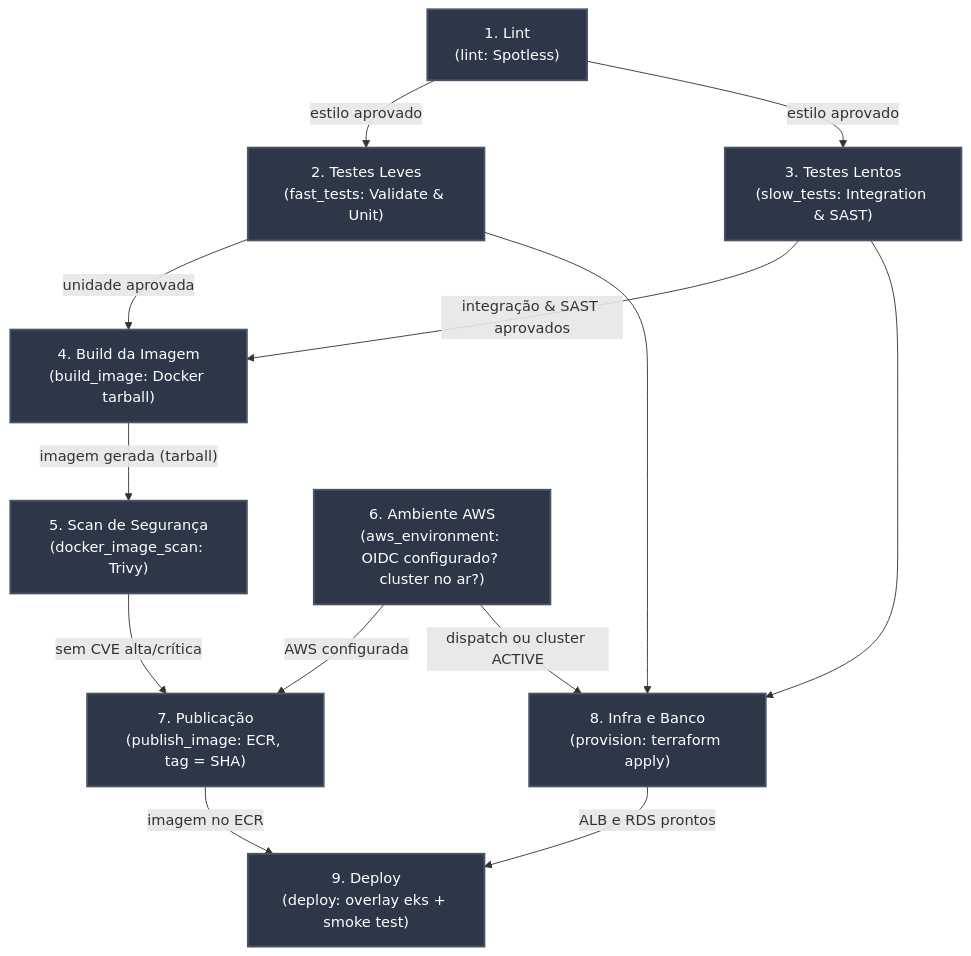
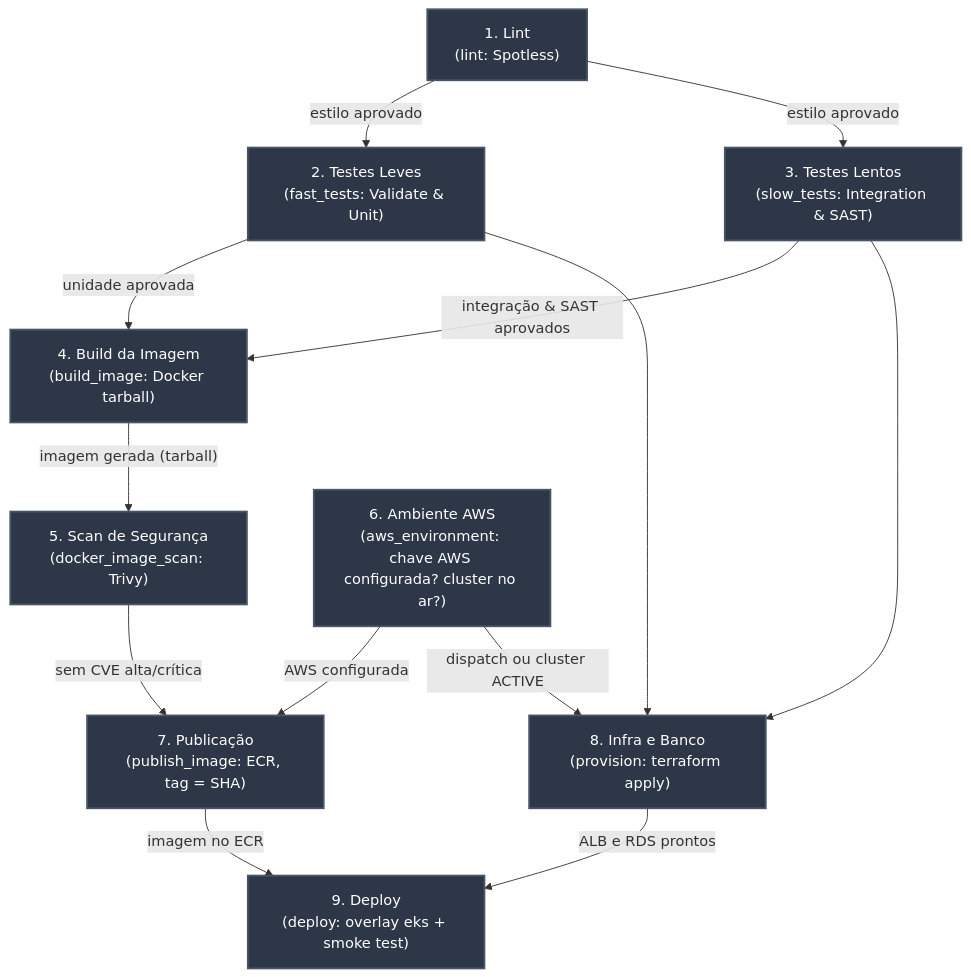
Before and after one commit to gabsevamac/JACAFI-FIAP_Tech-Challenge_01: the diagram in docs/cicd/pipeline-ci.md, drawn with Mermaid. The commit also changed other lines of this file and 4 other files, not shown here.

````diff
--- a/docs/cicd/pipeline-ci.md
+++ b/docs/cicd/pipeline-ci.md
@@ -23,28 +23,28 @@
 ```mermaid
 graph TD
     lint["1. Lint\n(lint: Spotless)"]
     fast["2. Testes Leves\n(fast_tests: Validate & Unit)"]
     slow["3. Testes Lentos\n(slow_tests: Integration & SAST)"]
     build["4. Build da Imagem\n(build_image: Docker tarball)"]
     scan["5. Scan de Segurança\n(docker_image_scan: Trivy)"]
-    gate["6. Ambiente AWS\n(aws_environment: OIDC configurado? cluster no ar?)"]
+    gate["6. Ambiente AWS\n(aws_environment: chave AWS configurada? cluster no ar?)"]
     publish["7. Publicação\n(publish_image: ECR, tag = SHA)"]
     provision["8. Infra e Banco\n(provision: terraform apply)"]
     deploy["9. Deploy\n(deploy: overlay eks + smoke test)"]
 
     lint --> |"estilo aprovado"| fast
     lint --> |"estilo aprovado"| slow
     fast --> |"unidade aprovada"| build
     slow --> |"integração & SAST aprovados"| build
     build --> |"imagem gerada (tarball)"| scan
     scan --> |"sem CVE alta/crítica"| publish
     gate --> |"AWS configurada"| publish
     fast --> provision
     slow --> provision
     gate --> |"dispatch ou cluster ACTIVE"| provision
     publish --> |"imagem no ECR"| deploy
     provision --> |"ALB e RDS prontos"| deploy
 
     classDef jobStyle fill:#2d3748,stroke:#4a5568,stroke-width:2px,color:#fff;
     class lint,fast,slow,build,scan,gate,publish,provision,deploy jobStyle;
 ```
````
